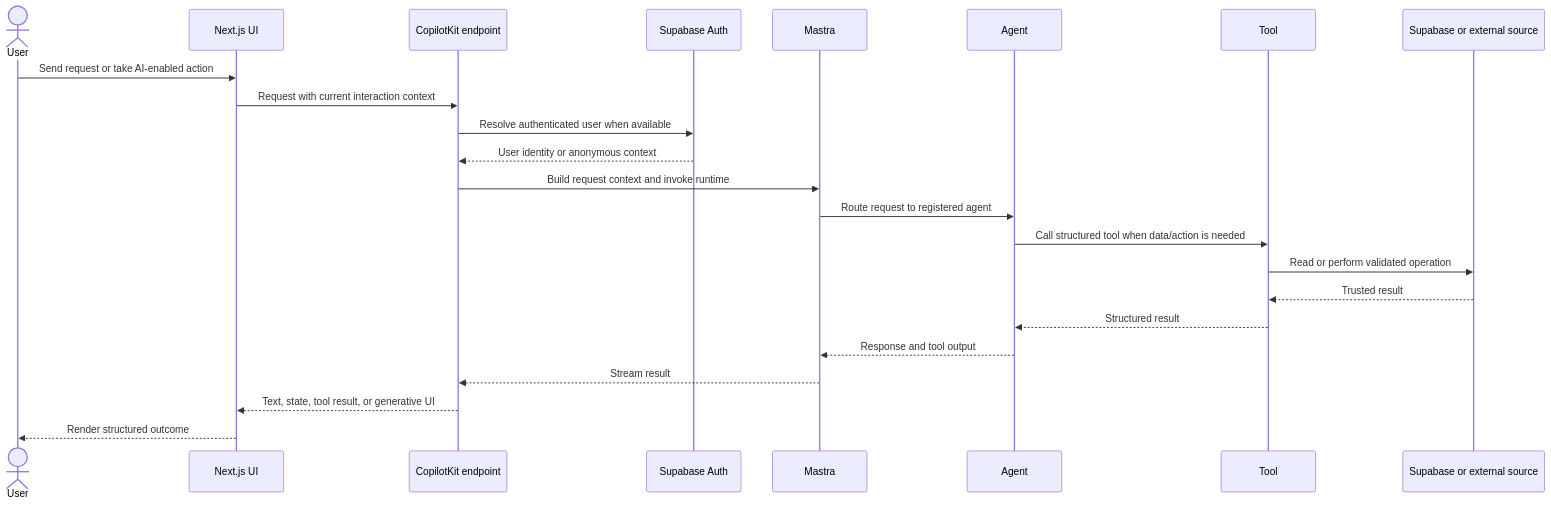
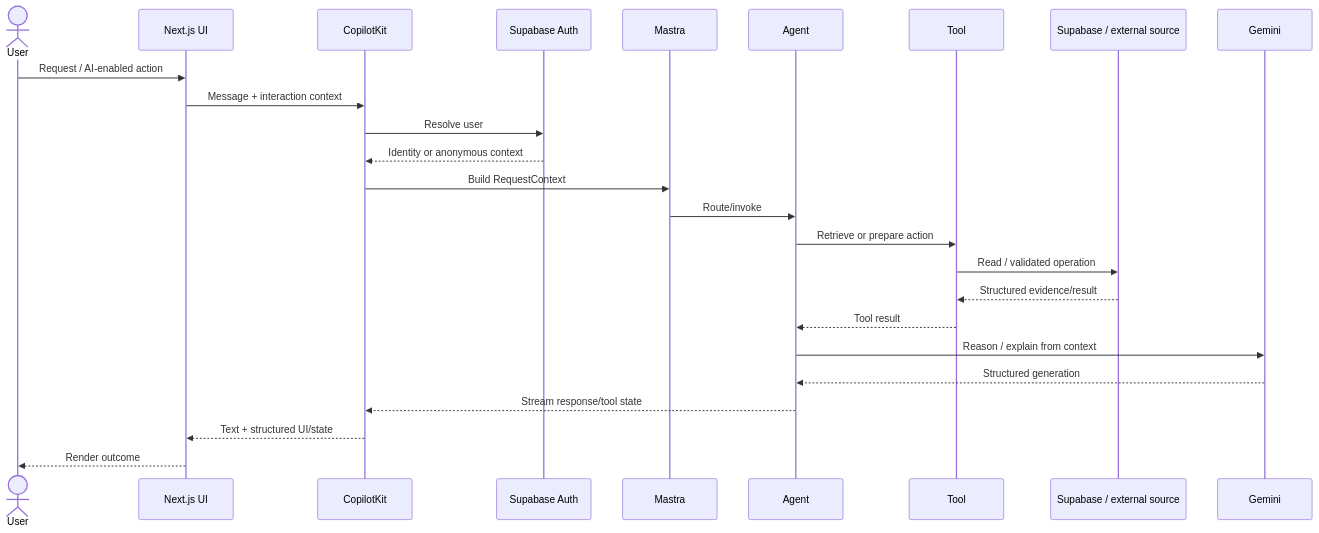
Before and after one commit to amoai-tech/mdeai: the fourth of 12 diagrams in docs/02-architecture/system-overview.md, drawn with Mermaid. The commit also changed other lines of this file, not shown here.

Commit message:
docs: expand system architecture with live data flows

````diff
--- a/docs/02-architecture/system-overview.md
+++ b/docs/02-architecture/system-overview.md
@@ -179,26 +248,28 @@
 ```mermaid
 sequenceDiagram
     actor User
     participant UI as Next.js UI
-    participant CK as CopilotKit endpoint
+    participant CK as CopilotKit
     participant Auth as Supabase Auth
     participant Mastra
     participant Agent
     participant Tool
-    participant Data as Supabase or external source
+    participant Data as Supabase / external source
+    participant Model as Gemini
 
-    User->>UI: Send request or take AI-enabled action
-    UI->>CK: Request with current interaction context
-    CK->>Auth: Resolve authenticated user when available
-    Auth-->>CK: User identity or anonymous context
-    CK->>Mastra: Build request context and invoke runtime
-    Mastra->>Agent: Route request to registered agent
-    Agent->>Tool: Call structured tool when data/action is needed
-    Tool->>Data: Read or perform validated operation
-    Data-->>Tool: Trusted result
-    Tool-->>Agent: Structured result
-    Agent-->>Mastra: Response and tool output
-    Mastra-->>CK: Stream result
-    CK-->>UI: Text, state, tool result, or generative UI
-    UI-->>User: Render structured outcome
+    User->>UI: Request / AI-enabled action
+    UI->>CK: Message + interaction context
+    CK->>Auth: Resolve user
+    Auth-->>CK: Identity or anonymous context
+    CK->>Mastra: Build RequestContext
+    Mastra->>Agent: Route/invoke
+    Agent->>Tool: Retrieve or prepare action
+    Tool->>Data: Read / validated operation
+    Data-->>Tool: Structured evidence/result
+    Tool-->>Agent: Tool result
+    Agent->>Model: Reason / explain from context
+    Model-->>Agent: Structured generation
+    Agent-->>CK: Stream response/tool state
+    CK-->>UI: Text + structured UI/state
+    UI-->>User: Render outcome
 ```
````
